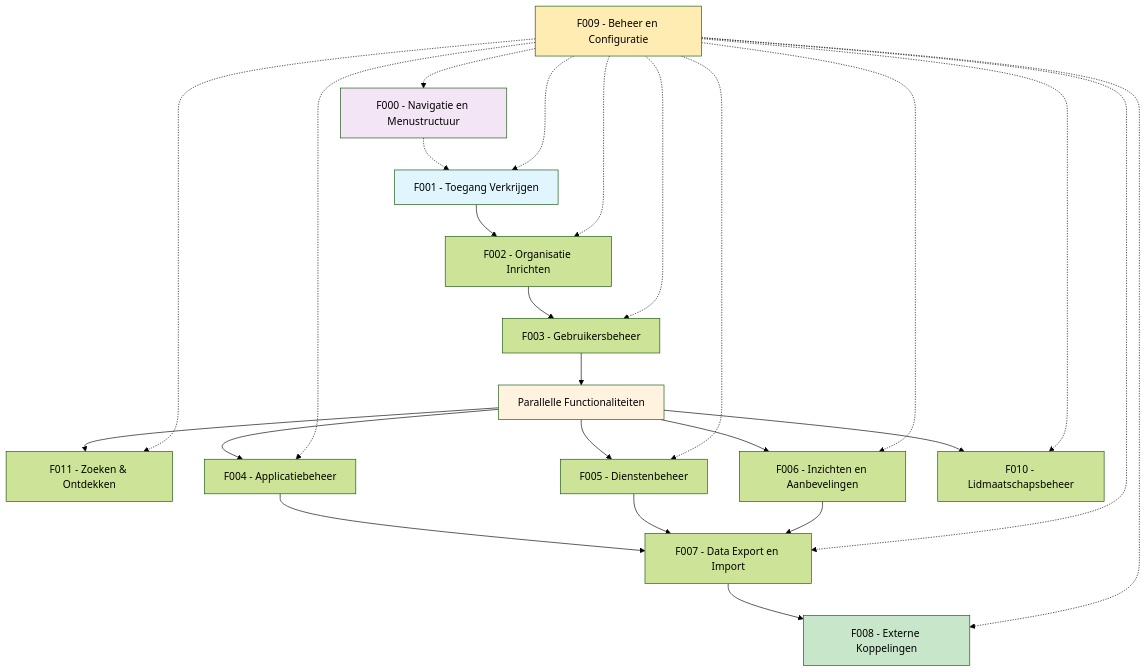
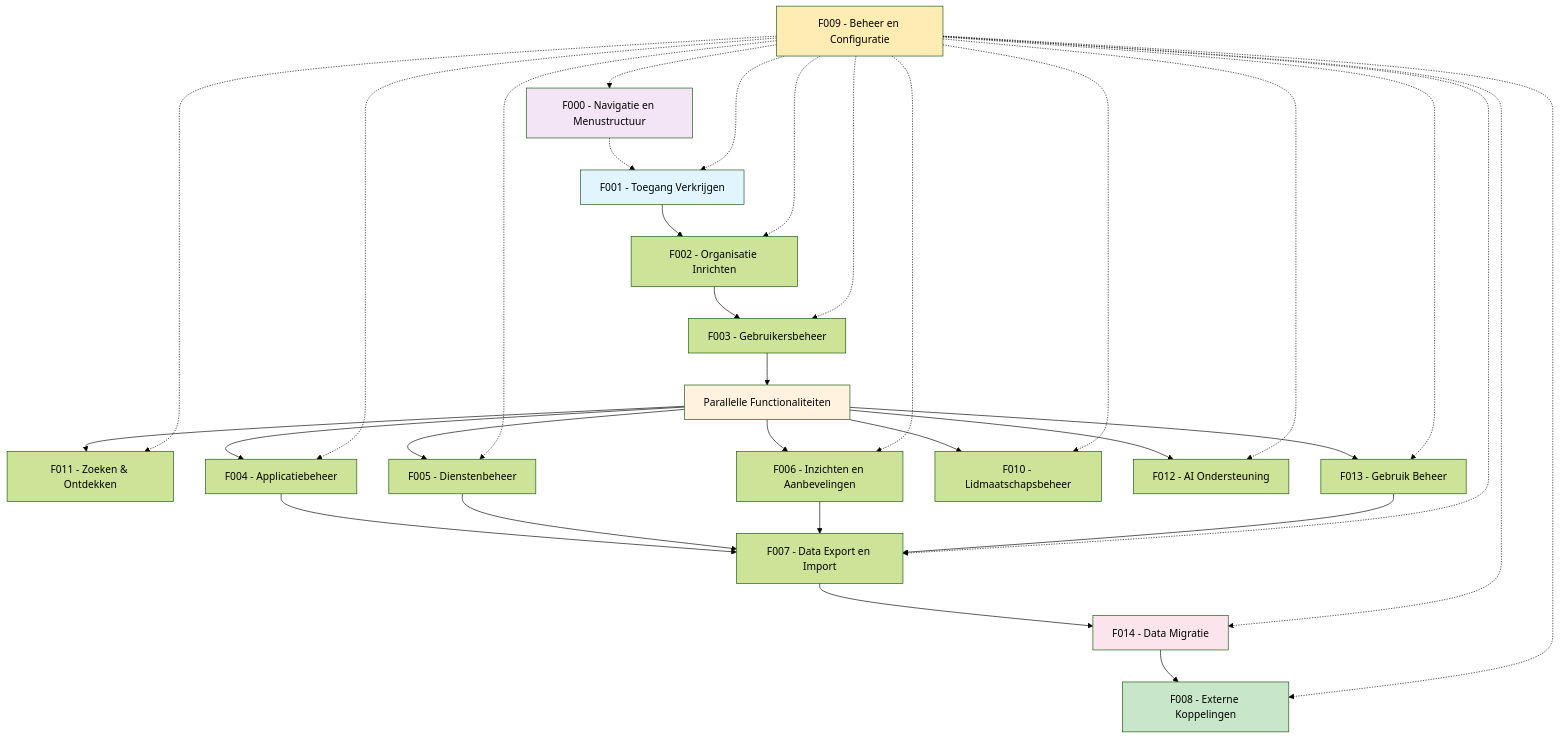
One commit to VNG-Realisatie/Softwarecatalogus changed the diagram in website/docs/Functionaliteiten/index.md. Above: the diagram before and after it, drawn with Mermaid (forest theme). The commit also changed other lines of this file and 2 other files, not shown here.

First line of the commit message:
feat: Add F014 Data Migratie functionality and complete PvE eis coverage

````diff
--- a/website/docs/Functionaliteiten/index.md
+++ b/website/docs/Functionaliteiten/index.md
@@ -36,39 +104,47 @@
 ```mermaid
 flowchart TD
     F000[F000 - Navigatie en Menustructuur]
     F000 -.-> F001[F001 - Toegang Verkrijgen]
     F001 --> F002[F002 - Organisatie Inrichten]
     F002 --> F003[F003 - Gebruikersbeheer]
     
     F003 --> PARALLEL[Parallelle Functionaliteiten]
     PARALLEL --> F011[F011 - Zoeken & Ontdekken]
     PARALLEL --> F004[F004 - Applicatiebeheer]
     PARALLEL --> F005[F005 - Dienstenbeheer]
     PARALLEL --> F006[F006 - Inzichten en Aanbevelingen]
     PARALLEL --> F010[F010 - Lidmaatschapsbeheer]
+    PARALLEL --> F012[F012 - AI Ondersteuning]
+    PARALLEL --> F013[F013 - Gebruik Beheer]
     
     F004 --> F007[F007 - Data Export en Import]
     F005 --> F007
     F006 --> F007
+    F013 --> F007
     
-    F007 --> F008[F008 - Externe Koppelingen]
+    F007 --> F014[F014 - Data Migratie]
+    F014 --> F008[F008 - Externe Koppelingen]
     
     F009[F009 - Beheer en Configuratie]
     F009 -.-> F000
     F009 -.-> F001
     F009 -.-> F002
     F009 -.-> F003
     F009 -.-> F004
     F009 -.-> F005
     F009 -.-> F006
     F009 -.-> F007
     F009 -.-> F008
     F009 -.-> F010
     F009 -.-> F011
+    F009 -.-> F012
+    F009 -.-> F013
+    F009 -.-> F014
     
     style F000 fill:#f3e5f5
     style F001 fill:#e1f5fe
     style F008 fill:#c8e6c9
     style F009 fill:#ffecb3
+    style F014 fill:#fce4ec
     style PARALLEL fill:#fff3e0
 ```
````
